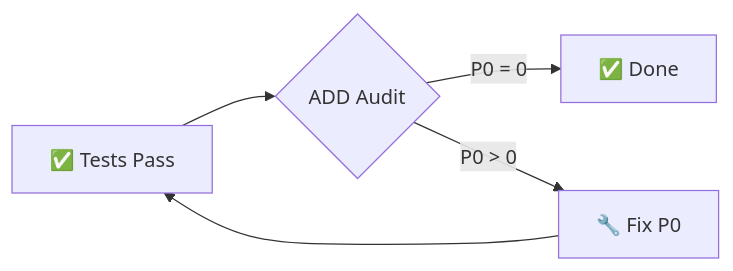
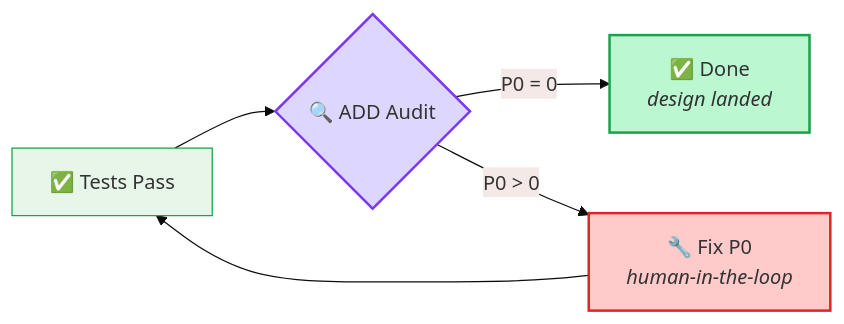
One commit to StormstoutLau/audit-driven-development changed the fourth of 5 diagrams in README.md. Above: the diagram before and after it, drawn with Mermaid. The commit also changed other lines of this file, not shown here.

First line of the commit message:
docs(v1.0): README huashu-design visual optimization pass

````diff
--- a/README.md
+++ b/README.md
@@ -159,7 +236,20 @@
 ```mermaid
+---
+config:
+  theme: base
+  themeVariables:
+    primaryColor: "#e8f5e9"
+    primaryBorderColor: "#16a34a"
+    tertiaryColor: "#ffebee"
+    tertiaryBorderColor: "#dc2626"
+---
 flowchart LR
-    A["✅ Tests Pass"] --> B{"ADD Audit"}
-    B -->|"P0 = 0"| C["✅ Done"]
-    B -->|"P0 > 0"| D["🔧 Fix P0"]
+    A["✅ Tests Pass"] --> B{"🔍 ADD Audit"}
+    B -->|"P0 = 0"| C["✅ Done<br><i>design landed</i>"]
+    B -->|"P0 > 0"| D["🔧 Fix P0<br><i>human-in-the-loop</i>"]
     D --> A
+
+    style C fill:#bbf7d0,stroke:#16a34a,stroke-width:2px
+    style D fill:#fecaca,stroke:#dc2626,stroke-width:2px
+    style B fill:#ddd6fe,stroke:#7c3aed,stroke-width:2px
 ```
````
